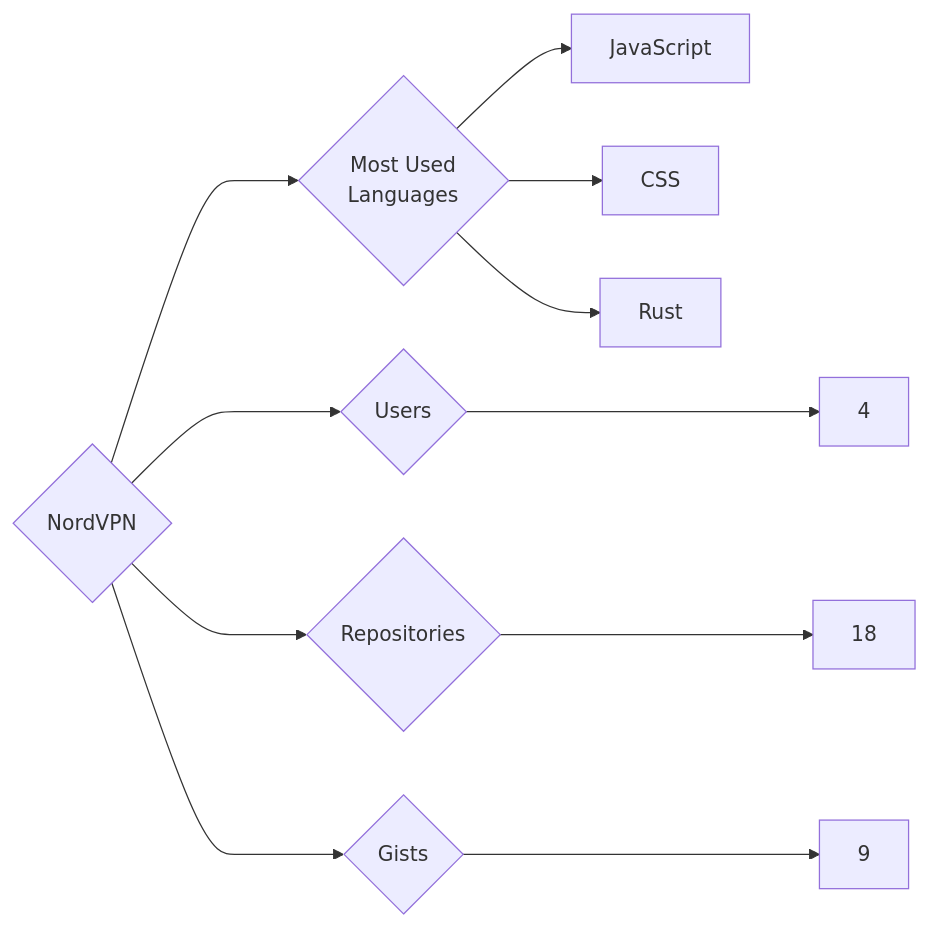
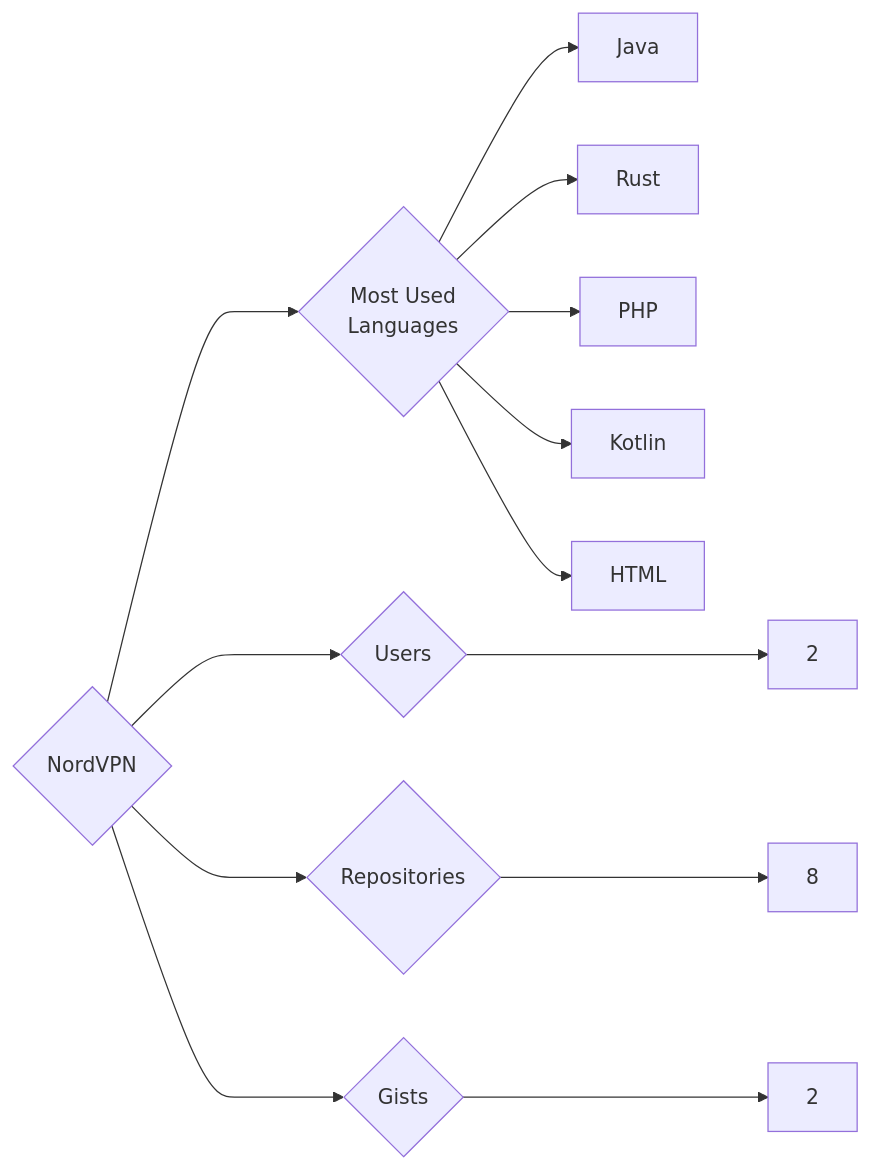
One commit to trickest/insiders changed the diagram in targets/NordVPN/README.md. Above: the diagram before and after it, drawn with Mermaid. The commit also changed 972 other files, not shown here.

````diff
--- a/targets/NordVPN/README.md
+++ b/targets/NordVPN/README.md
@@ -3,11 +3,13 @@
 ```mermaid
 graph LR
 COMPANY_NAME{NordVPN}
-COMPANY_NAME ---> U{Users} ---> UN[4]
-COMPANY_NAME ---> R{Repositories} ---> RN[18]
-COMPANY_NAME ---> G{Gists} ---> GN[9]
+COMPANY_NAME ---> U{Users} ---> UN[2]
+COMPANY_NAME ---> R{Repositories} ---> RN[8]
+COMPANY_NAME ---> G{Gists} ---> GN[2]
 COMPANY_NAME ---> ML{Most Used<br>Languages}
-ML --> JavaScript[JavaScript]
-ML --> CSS[CSS]
+ML --> Java[Java]
 ML --> Rust[Rust]
+ML --> PHP[PHP]
+ML --> Kotlin[Kotlin]
+ML --> HTML[HTML]
 ```
````
